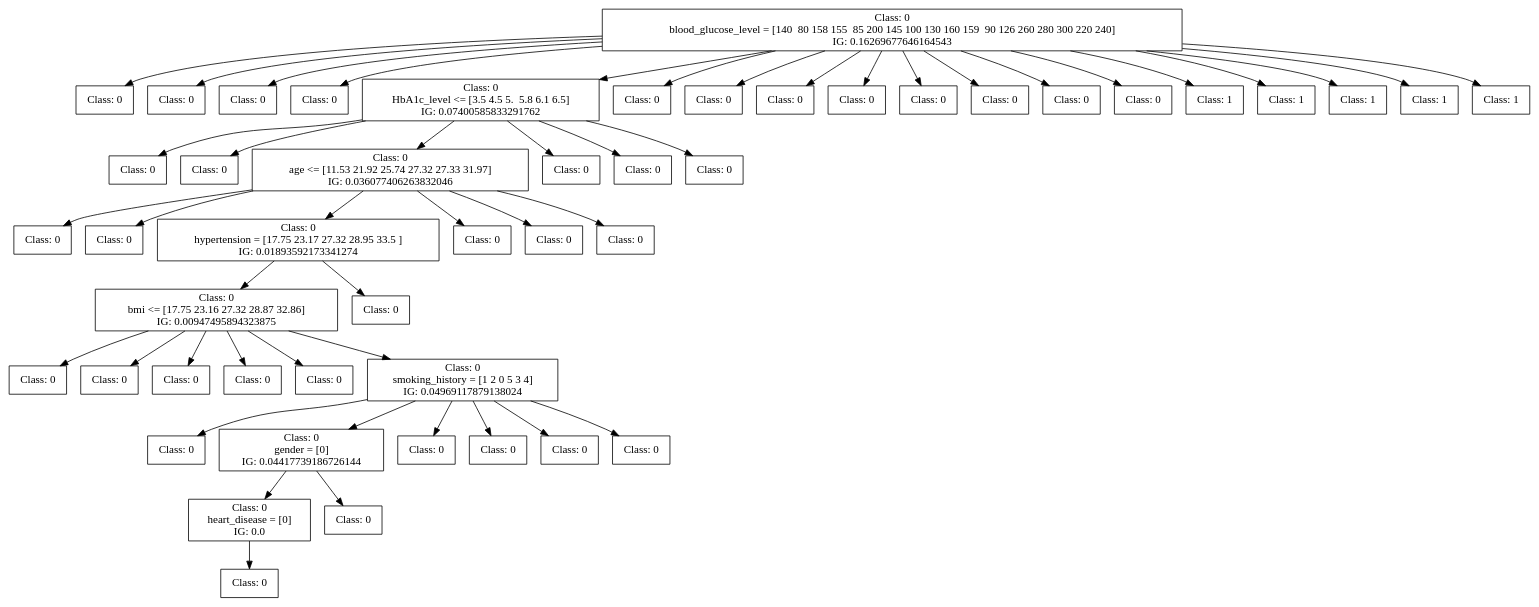
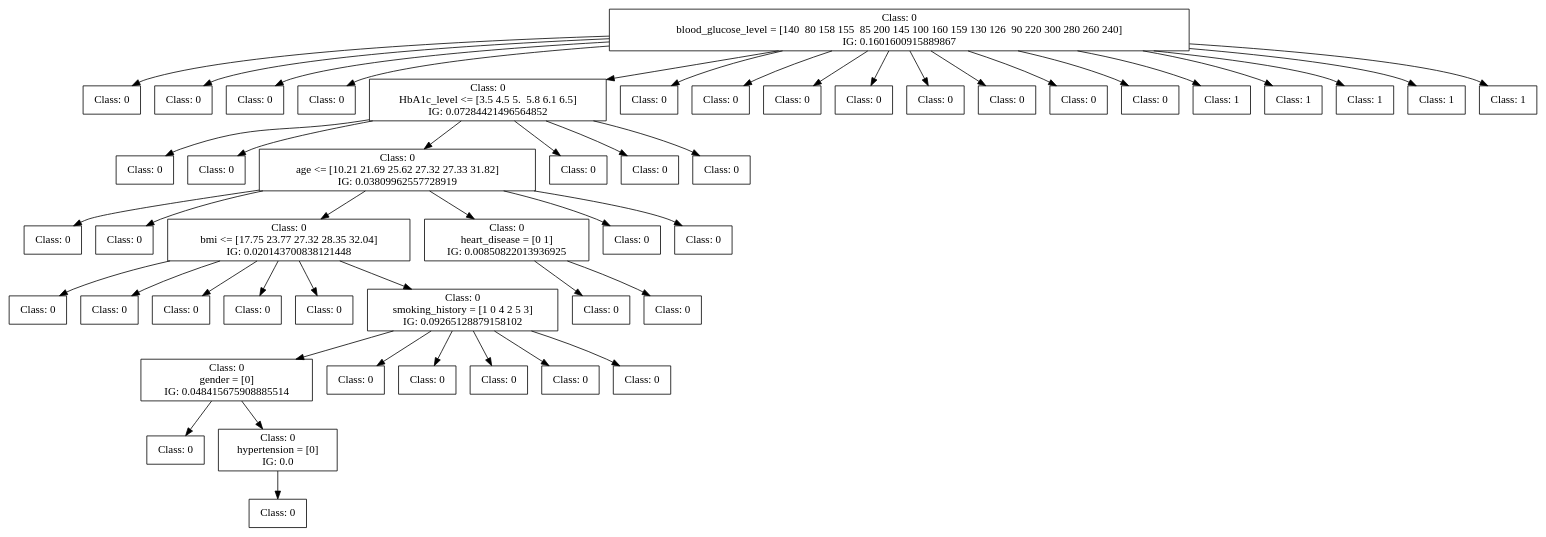
Before and after one commit to FedericoBruzzone/anti-money-laundering: the diagram in dot_figs/tree-id3-diabetes.dot, drawn with Graphviz. The commit also changed 40 other files, not shown here.

```diff
--- a/dot_figs/tree-id3-diabetes.dot
+++ b/dot_figs/tree-id3-diabetes.dot
@@ -1,155 +1,155 @@
 digraph DecisionTree {
 	rankdir=TD;
 	node [shape=box];
-	1902116242240 [label="Class: 0
-blood_glucose_level = [140  80 158 155  85 200 145 100 130 160 159  90 126 260 280 300 220 240]
-IG: 0.16269677646164543"];
-	1902402465472 [label="Class: 0
+	2639426461536 [label="Class: 0
+blood_glucose_level = [140  80 158 155  85 200 145 100 160 159 130 126  90 220 300 280 260 240]
+IG: 0.1601600915889867"];
+	2639455767952 [label="Class: 0
 "];
-	1902116242240 -> 1902402465472;
-	1902402465328 [label="Class: 0
+	2639426461536 -> 2639455767952;
+	2639455765072 [label="Class: 0
 "];
-	1902116242240 -> 1902402465328;
-	1902402458464 [label="Class: 0
+	2639426461536 -> 2639455765072;
+	2639455766992 [label="Class: 0
 "];
-	1902116242240 -> 1902402458464;
-	1902402459616 [label="Class: 0
+	2639426461536 -> 2639455766992;
+	2639455768432 [label="Class: 0
 "];
-	1902116242240 -> 1902402459616;
-	1902402464704 [label="Class: 0
+	2639426461536 -> 2639455768432;
+	2639455769152 [label="Class: 0
 HbA1c_level <= [3.5 4.5 5.  5.8 6.1 6.5]
-IG: 0.07400585833291762"];
-	1902116242240 -> 1902402464704;
-	1902432781024 [label="Class: 0
+IG: 0.07284421496564852"];
+	2639426461536 -> 2639455769152;
+	2639455769344 [label="Class: 0
 "];
-	1902402464704 -> 1902432781024;
-	1902432784672 [label="Class: 0
+	2639455769152 -> 2639455769344;
+	2639455767664 [label="Class: 0
 "];
-	1902402464704 -> 1902432784672;
-	1902432785680 [label="Class: 0
-age <= [11.53 21.92 25.74 27.32 27.33 31.97]
-IG: 0.036077406263832046"];
-	1902402464704 -> 1902432785680;
-	1902432791392 [label="Class: 0
+	2639455769152 -> 2639455767664;
+	2639455765648 [label="Class: 0
+age <= [10.21 21.69 25.62 27.32 27.33 31.82]
+IG: 0.03809962557728919"];
+	2639455769152 -> 2639455765648;
+	2639455771024 [label="Class: 0
 "];
-	1902432785680 -> 1902432791392;
-	1902432790432 [label="Class: 0
+	2639455765648 -> 2639455771024;
+	2639455768000 [label="Class: 0
 "];
-	1902432785680 -> 1902432790432;
-	1902432791824 [label="Class: 0
-hypertension = [17.75 23.17 27.32 28.95 33.5 ]
-IG: 0.01893592173341274"];
-	1902432785680 -> 1902432791824;
-	1902432788608 [label="Class: 0
-bmi <= [17.75 23.16 27.32 28.87 32.86]
-IG: 0.00947495894323875"];
-	1902432791824 -> 1902432788608;
-	1902433110048 [label="Class: 0
+	2639455765648 -> 2639455768000;
+	2639455770784 [label="Class: 0
+bmi <= [17.75 23.77 27.32 28.35 32.04]
+IG: 0.020143700838121448"];
+	2639455765648 -> 2639455770784;
+	2639455769968 [label="Class: 0
 "];
-	1902432788608 -> 1902433110048;
-	1902433111152 [label="Class: 0
+	2639455770784 -> 2639455769968;
+	2639455765504 [label="Class: 0
 "];
-	1902432788608 -> 1902433111152;
-	1902433110096 [label="Class: 0
+	2639455770784 -> 2639455765504;
+	2639455770592 [label="Class: 0
 "];
-	1902432788608 -> 1902433110096;
-	1902433109808 [label="Class: 0
+	2639455770784 -> 2639455770592;
+	2639455766608 [label="Class: 0
 "];
-	1902432788608 -> 1902433109808;
-	1902433108752 [label="Class: 0
+	2639455770784 -> 2639455766608;
+	2639455772032 [label="Class: 0
 "];
-	1902432788608 -> 1902433108752;
-	1902433110816 [label="Class: 0
-smoking_history = [1 2 0 5 3 4]
-IG: 0.04969117879138024"];
-	1902432788608 -> 1902433110816;
-	1902433114416 [label="Class: 0
+	2639455770784 -> 2639455772032;
+	2639455771840 [label="Class: 0
+smoking_history = [1 0 4 2 5 3]
+IG: 0.09265128879158102"];
+	2639455770784 -> 2639455771840;
+	2639455771408 [label="Class: 0
+gender = [0]
+IG: 0.048415675908885514"];
+	2639455771840 -> 2639455771408;
+	2639455771456 [label="Class: 0
 "];
-	1902433110816 -> 1902433114416;
-	1902433114656 [label="Class: 0
-gender = [0]
-IG: 0.04417739186726144"];
-	1902433110816 -> 1902433114656;
-	1902433113984 [label="Class: 0
-heart_disease = [0]
+	2639455771408 -> 2639455771456;
+	2639455771792 [label="Class: 0
+hypertension = [0]
 IG: 0.0"];
-	1902433114656 -> 1902433113984;
-	1902433117248 [label="Class: 0
+	2639455771408 -> 2639455771792;
+	2639455765696 [label="Class: 0
 "];
-	1902433113984 -> 1902433117248;
-	1902433116720 [label="Class: 0
+	2639455771792 -> 2639455765696;
+	2639455773184 [label="Class: 0
 "];
-	1902433114656 -> 1902433116720;
-	1902433113216 [label="Class: 0
+	2639455771840 -> 2639455773184;
+	2639455772560 [label="Class: 0
 "];
-	1902433110816 -> 1902433113216;
-	1902433112832 [label="Class: 0
+	2639455771840 -> 2639455772560;
+	2639455771648 [label="Class: 0
 "];
-	1902433110816 -> 1902433112832;
-	1902433108944 [label="Class: 0
+	2639455771840 -> 2639455771648;
+	2639455772752 [label="Class: 0
 "];
-	1902433110816 -> 1902433108944;
-	1902433114848 [label="Class: 0
+	2639455771840 -> 2639455772752;
+	2639455768288 [label="Class: 0
 "];
-	1902433110816 -> 1902433114848;
-	1902432794128 [label="Class: 0
+	2639455771840 -> 2639455768288;
+	2639455765552 [label="Class: 0
+heart_disease = [0 1]
+IG: 0.00850822013936925"];
+	2639455765648 -> 2639455765552;
+	2639455770736 [label="Class: 0
 "];
-	1902432791824 -> 1902432794128;
-	1902432790144 [label="Class: 0
+	2639455765552 -> 2639455770736;
+	2639455770112 [label="Class: 0
 "];
-	1902432785680 -> 1902432790144;
-	1902432790576 [label="Class: 0
+	2639455765552 -> 2639455770112;
+	2639455768960 [label="Class: 0
 "];
-	1902432785680 -> 1902432790576;
-	1902432790672 [label="Class: 0
+	2639455765648 -> 2639455768960;
+	2639455772128 [label="Class: 0
 "];
-	1902432785680 -> 1902432790672;
-	1902432784624 [label="Class: 0
+	2639455765648 -> 2639455772128;
+	2639455770976 [label="Class: 0
 "];
-	1902402464704 -> 1902432784624;
-	1902432781648 [label="Class: 0
+	2639455769152 -> 2639455770976;
+	2639455768816 [label="Class: 0
 "];
-	1902402464704 -> 1902432781648;
-	1902432783568 [label="Class: 0
+	2639455769152 -> 2639455768816;
+	2639455769440 [label="Class: 0
 "];
-	1902402464704 -> 1902432783568;
-	1902402462976 [label="Class: 0
+	2639455769152 -> 2639455769440;
+	2639455767328 [label="Class: 0
 "];
-	1902116242240 -> 1902402462976;
-	1902402458800 [label="Class: 0
+	2639426461536 -> 2639455767328;
+	2639455769536 [label="Class: 0
 "];
-	1902116242240 -> 1902402458800;
-	1902402465568 [label="Class: 0
+	2639426461536 -> 2639455769536;
+	2639455767040 [label="Class: 0
 "];
-	1902116242240 -> 1902402465568;
-	1902402459088 [label="Class: 0
+	2639426461536 -> 2639455767040;
+	2639455768384 [label="Class: 0
 "];
-	1902116242240 -> 1902402459088;
-	1902402466144 [label="Class: 0
+	2639426461536 -> 2639455768384;
+	2639455769824 [label="Class: 0
 "];
-	1902116242240 -> 1902402466144;
-	1902402466288 [label="Class: 0
+	2639426461536 -> 2639455769824;
+	2639455768672 [label="Class: 0
 "];
-	1902116242240 -> 1902402466288;
-	1902402466432 [label="Class: 0
+	2639426461536 -> 2639455768672;
+	2639455766032 [label="Class: 0
 "];
-	1902116242240 -> 1902402466432;
-	1902402466576 [label="Class: 0
+	2639426461536 -> 2639455766032;
+	2639455769104 [label="Class: 0
 "];
-	1902116242240 -> 1902402466576;
-	1902402466720 [label="Class: 1
+	2639426461536 -> 2639455769104;
+	2639455767232 [label="Class: 1
 "];
-	1902116242240 -> 1902402466720;
-	1902402466864 [label="Class: 1
+	2639426461536 -> 2639455767232;
+	2639455769632 [label="Class: 1
 "];
-	1902116242240 -> 1902402466864;
-	1902402467008 [label="Class: 1
+	2639426461536 -> 2639455769632;
+	2639455767712 [label="Class: 1
 "];
-	1902116242240 -> 1902402467008;
-	1902402467152 [label="Class: 1
+	2639426461536 -> 2639455767712;
+	2639455765216 [label="Class: 1
 "];
-	1902116242240 -> 1902402467152;
-	1902402467296 [label="Class: 1
+	2639426461536 -> 2639455765216;
+	2639455767568 [label="Class: 1
 "];
-	1902116242240 -> 1902402467296;
+	2639426461536 -> 2639455767568;
 }
```
